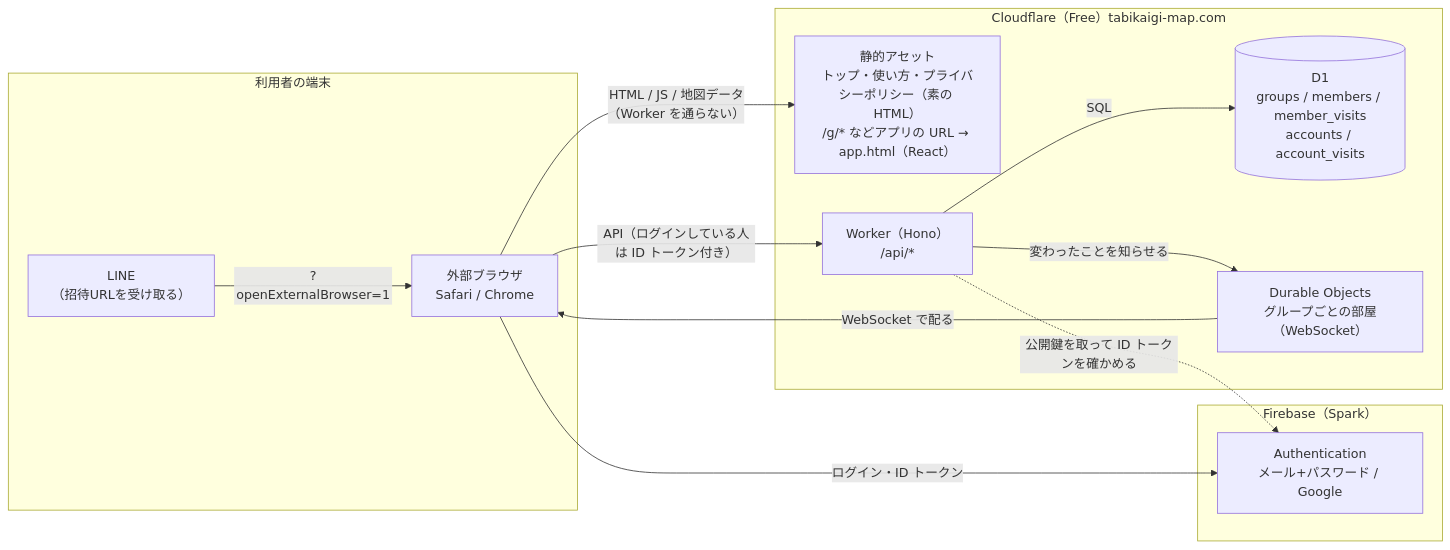
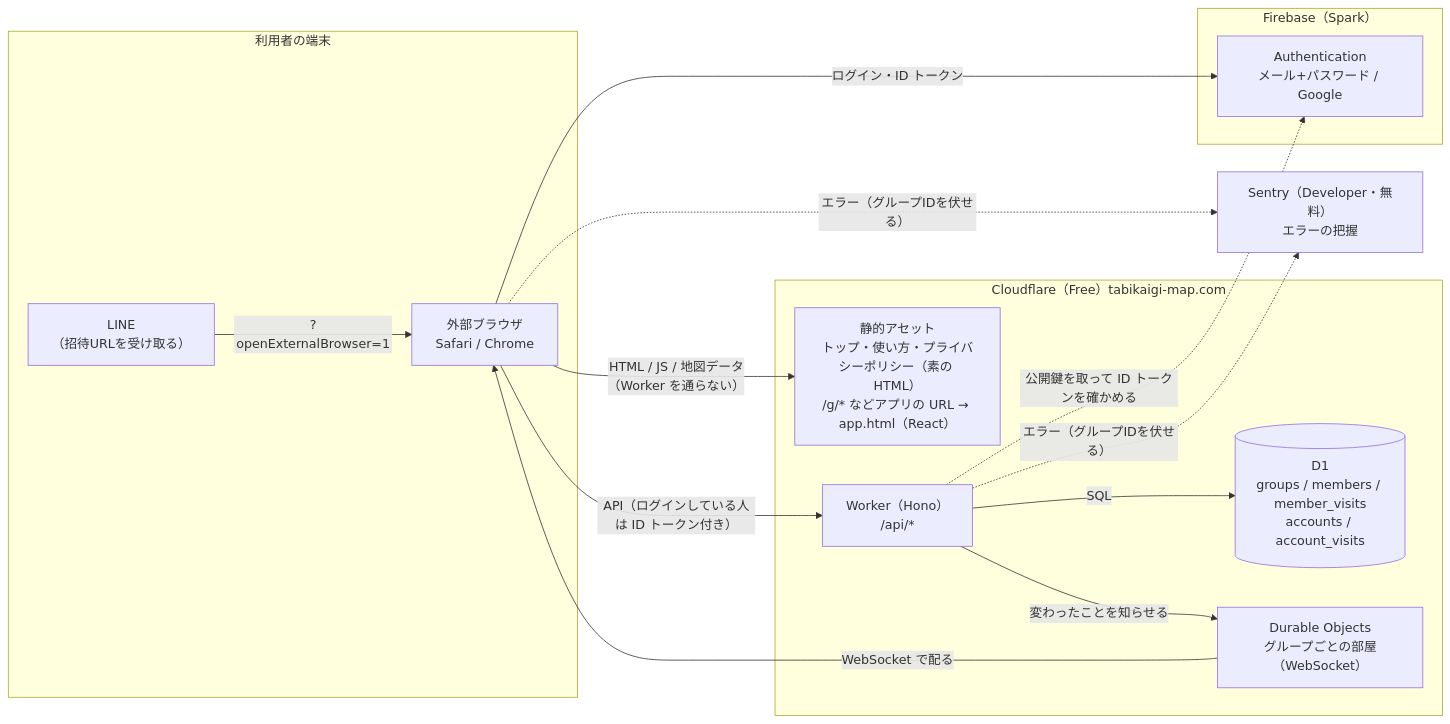
Before and after one commit to yuppy52/tabikaigi-map: the diagram in docs/design/architecture.md, drawn with Mermaid. The commit also changed other lines of this file and 11 other files, not shown here.

First line of the commit message:
7. の残り：基本設計の Q を決め、要件IDの対応表と draw.io の図を作る (#36)

````diff
--- a/docs/design/architecture.md
+++ b/docs/design/architecture.md
@@ -7,27 +7,31 @@
 ```mermaid
 flowchart LR
   subgraph client["利用者の端末"]
     LINE["LINE<br/>（招待URLを受け取る）"]
     Browser["外部ブラウザ<br/>Safari / Chrome"]
     LINE -- "?openExternalBrowser=1" --> Browser
   end
 
   subgraph cf["Cloudflare（Free）tabikaigi-map.com"]
     Assets["静的アセット<br/>トップ・使い方・プライバシーポリシー（素の HTML）<br/>/g/* などアプリの URL → app.html（React）"]
     Worker["Worker（Hono）<br/>/api/*"]
     D1[("D1<br/>groups / members / member_visits<br/>accounts / account_visits")]
     Room["Durable Objects<br/>グループごとの部屋（WebSocket）"]
   end
 
   subgraph fb["Firebase（Spark）"]
     Auth["Authentication<br/>メール+パスワード / Google"]
   end
 
+  Sentry["Sentry（Developer・無料）<br/>エラーの把握"]
+
   Browser -- "HTML / JS / 地図データ<br/>（Worker を通らない）" --> Assets
   Browser -- "API（ログインしている人は ID トークン付き）" --> Worker
   Worker -- "SQL" --> D1
   Worker -- "変わったことを知らせる" --> Room
   Room -- "WebSocket で配る" --> Browser
   Browser -- "ログイン・ID トークン" --> Auth
   Worker -. "公開鍵を取って ID トークンを確かめる" .-> Auth
+  Browser -. "エラー（グループIDを伏せる）" .-> Sentry
+  Worker -. "エラー（グループIDを伏せる）" .-> Sentry
 ```
````
